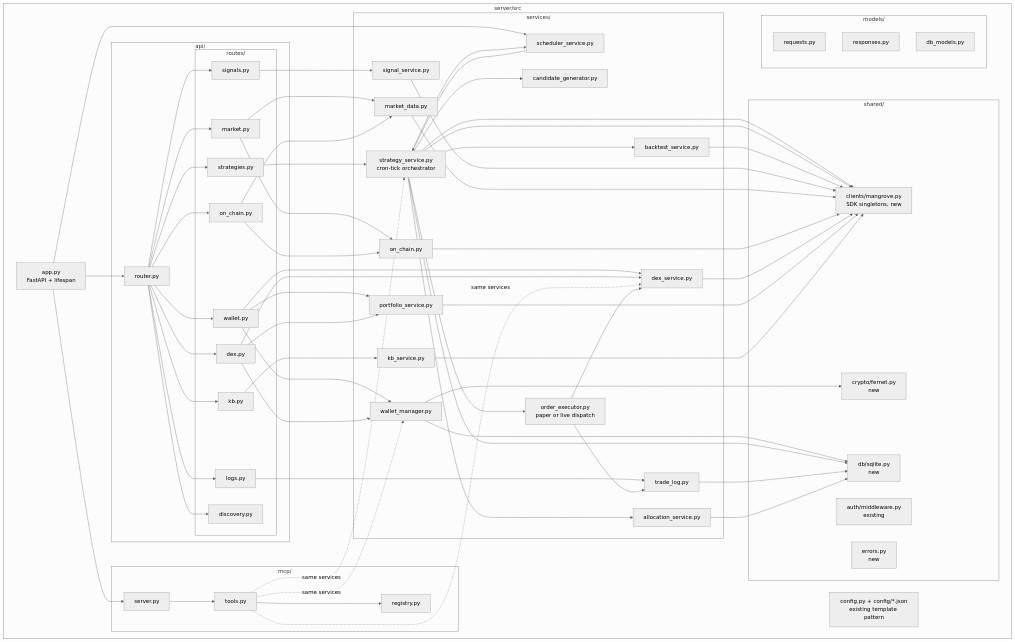
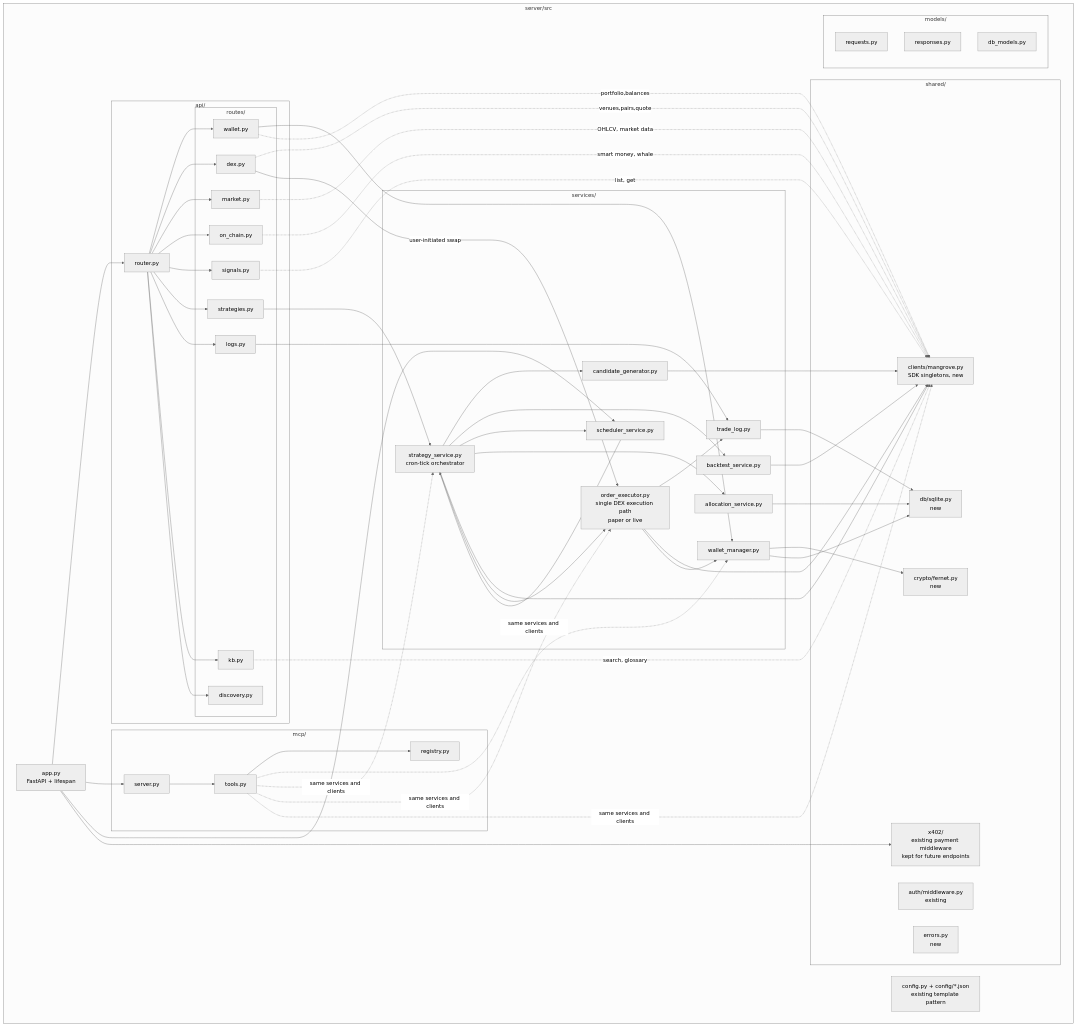
The eighth of 9 diagrams in docs/architecture.md (MangroveTechnologies/app-in-a-box), drawn with Mermaid (neutral theme) before and after one commit. The commit also changed other lines of this file and 1 other file, not shown here.

First line of the commit message:
spec + architecture: drop pass-through services, keep x402

````diff
--- a/docs/architecture.md
+++ b/docs/architecture.md
@@ -365,20 +367,15 @@
             SStrat[strategy_service.py<br/>cron-tick orchestrator]
             SCG[candidate_generator.py]
             SBT[backtest_service.py]
-            SExec[order_executor.py<br/>paper or live dispatch]
+            SExec[order_executor.py<br/>single DEX execution path<br/>paper or live]
             SSched[scheduler_service.py]
             SLog[trade_log.py]
             SAlloc[allocation_service.py]
-            SSig[signal_service.py]
-            SMD[market_data.py]
-            SOC[on_chain.py]
-            SDex[dex_service.py]
-            SPort[portfolio_service.py]
-            SKb[kb_service.py]
         end
 
         subgraph "shared/"
             AuthMW[auth/middleware.py<br/>existing]
+            X402[x402/<br/>existing payment middleware<br/>kept for future endpoints]
             DB[db/sqlite.py<br/>new]
             Crypto[crypto/fernet.py<br/>new]
             Clients[clients/mangrove.py<br/>SDK singletons, new]
@@ -395,26 +392,33 @@
     App --> Router
     App --> MCPServer
     App --> SSched
+    App --> X402
     Router --> RWallet & RDex & RMarket & ROnChain & RSignals & RStrat & RLogs & RKb & RDiscovery
     MCPServer --> MCPTools
     MCPTools --> MCPReg
 
-    RWallet & RDex --> SWallet & SDex & SPort
-    RMarket & ROnChain --> SMD & SOC
-    RSignals --> SSig
+    RWallet --> SWallet
+    RWallet -.portfolio,balances.-> Clients
+    RDex -.venues,pairs,quote.-> Clients
+    RDex -->|user-initiated swap| SExec
+    RMarket -.OHLCV, market data.-> Clients
+    ROnChain -.smart money, whale.-> Clients
+    RSignals -.list, get.-> Clients
+    RKb -.search, glossary.-> Clients
     RStrat --> SStrat
     RLogs --> SLog
-    RKb --> SKb
-    MCPTools -.same services.-> SWallet & SStrat & SDex
+    MCPTools -.same services and clients.-> SWallet & SStrat & SExec & Clients
 
     SStrat --> SCG & SBT & SSched & SAlloc
     SStrat --> Clients
     SSched --> SStrat
     SStrat --> SExec
-    SExec --> SDex & SLog
+    SExec --> SLog
+    SExec --> Clients
+    SExec --> SWallet
 
     SWallet --> Crypto
     SWallet --> DB
-    SStrat & SLog & SAlloc --> DB
-    SStrat & SBT & SSig & SMD & SOC & SDex & SPort & SKb --> Clients
+    SLog & SAlloc --> DB
+    SCG & SBT --> Clients
 ```
````
